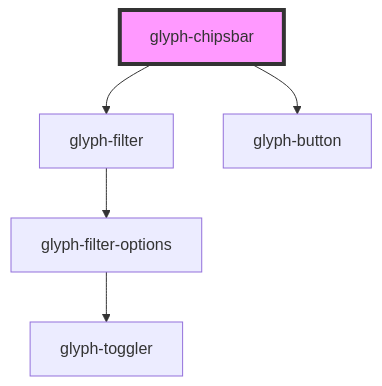
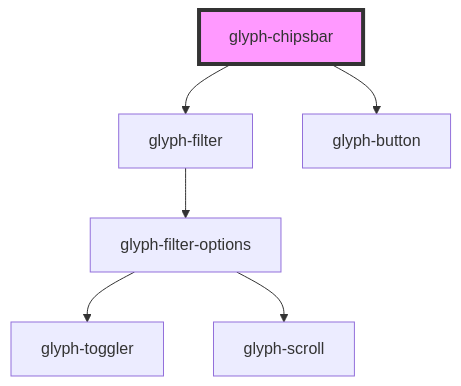
The diagram in packages/glyph-components/src/components/chipsbar/readme.md (adrianiy/synth-ui), drawn with Mermaid before and after one commit. The commit also changed 15 other files, not shown here.

````diff
--- a/packages/glyph-components/src/components/chipsbar/readme.md
+++ b/packages/glyph-components/src/components/chipsbar/readme.md
@@ -35,8 +35,9 @@
 ```mermaid
 graph TD;
   glyph-chipsbar --> glyph-filter
   glyph-chipsbar --> glyph-button
   glyph-filter --> glyph-filter-options
   glyph-filter-options --> glyph-toggler
+  glyph-filter-options --> glyph-scroll
   style glyph-chipsbar fill:#f9f,stroke:#333,stroke-width:4px
 ```
````
